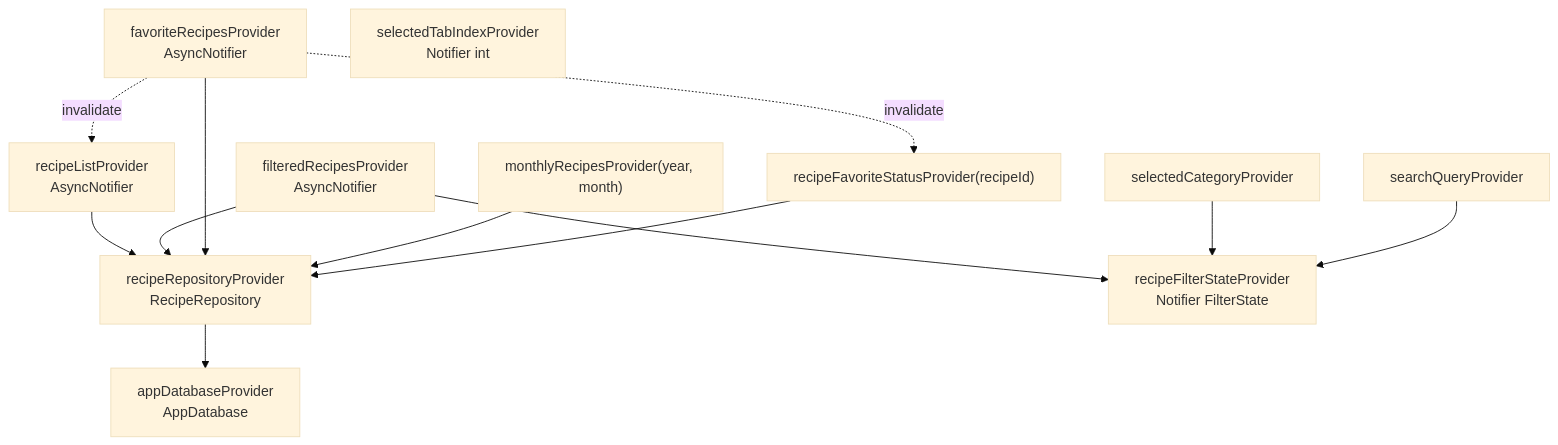
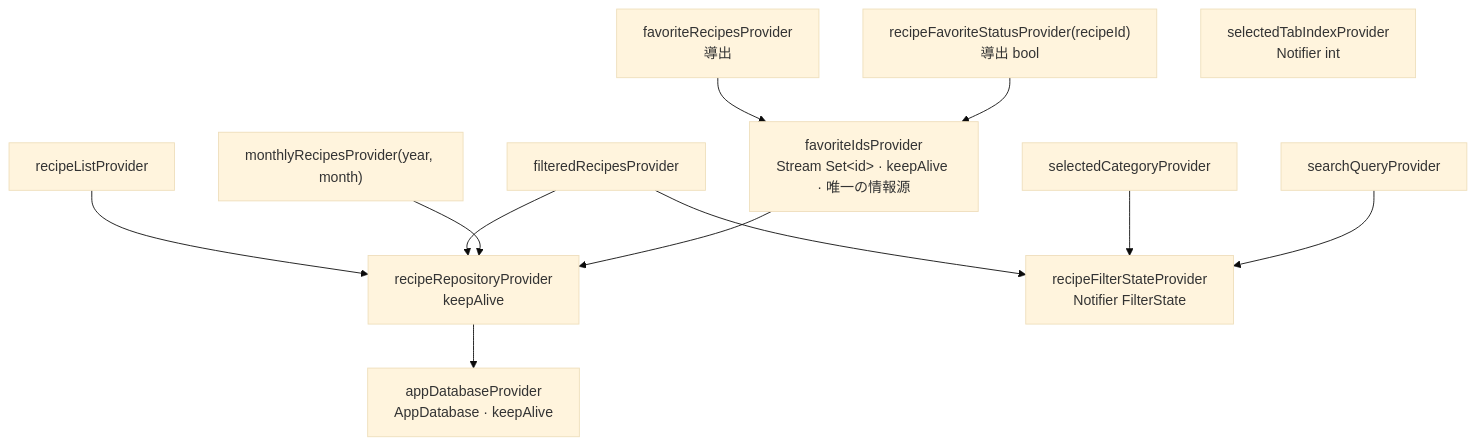
One commit to fumiyasac/recipe_search_app changed the third of 7 diagrams in architecture_guidance.md. Above: the diagram before and after it, drawn with Mermaid (base theme). The commit also changed other lines of this file and 1 other file, not shown here.

First line of the commit message:
docs: Provider 依存図を SSoT 構成に更新し、修正前後のデータフロー比較を追加

````diff
--- a/architecture_guidance.md
+++ b/architecture_guidance.md
@@ -85,29 +86,29 @@
 ```mermaid
 graph TD
-  appDatabase[appDatabaseProvider<br/>AppDatabase]
-  repo[recipeRepositoryProvider<br/>RecipeRepository]
+  appDatabase[appDatabaseProvider<br/>AppDatabase · keepAlive]
+  repo[recipeRepositoryProvider<br/>keepAlive]
   filterState[recipeFilterStateProvider<br/>Notifier FilterState]
 
-  list[recipeListProvider<br/>AsyncNotifier]
-  filtered[filteredRecipesProvider<br/>AsyncNotifier]
-  fav[favoriteRecipesProvider<br/>AsyncNotifier]
+  list[recipeListProvider]
+  filtered[filteredRecipesProvider]
   monthly["monthlyRecipesProvider(year, month)"]
-  favStatus["recipeFavoriteStatusProvider(recipeId)"]
+
+  favIds["favoriteIdsProvider<br/>Stream Set&lt;id&gt; · keepAlive · 唯一の情報源"]
+  favRecipes[favoriteRecipesProvider<br/>導出]
+  favStatus["recipeFavoriteStatusProvider(recipeId)<br/>導出 bool"]
 
   category[selectedCategoryProvider]
   query[searchQueryProvider]
   tab[selectedTabIndexProvider<br/>Notifier int]
 
   repo --> appDatabase
   list --> repo
   filtered --> repo
   filtered --> filterState
-  fav --> repo
   monthly --> repo
-  favStatus --> repo
+  favIds --> repo
+  favRecipes --> favIds
+  favStatus --> favIds
   category --> filterState
   query --> filterState
-
-  fav -. invalidate .-> list
-  fav -. invalidate .-> favStatus
 ```
````
